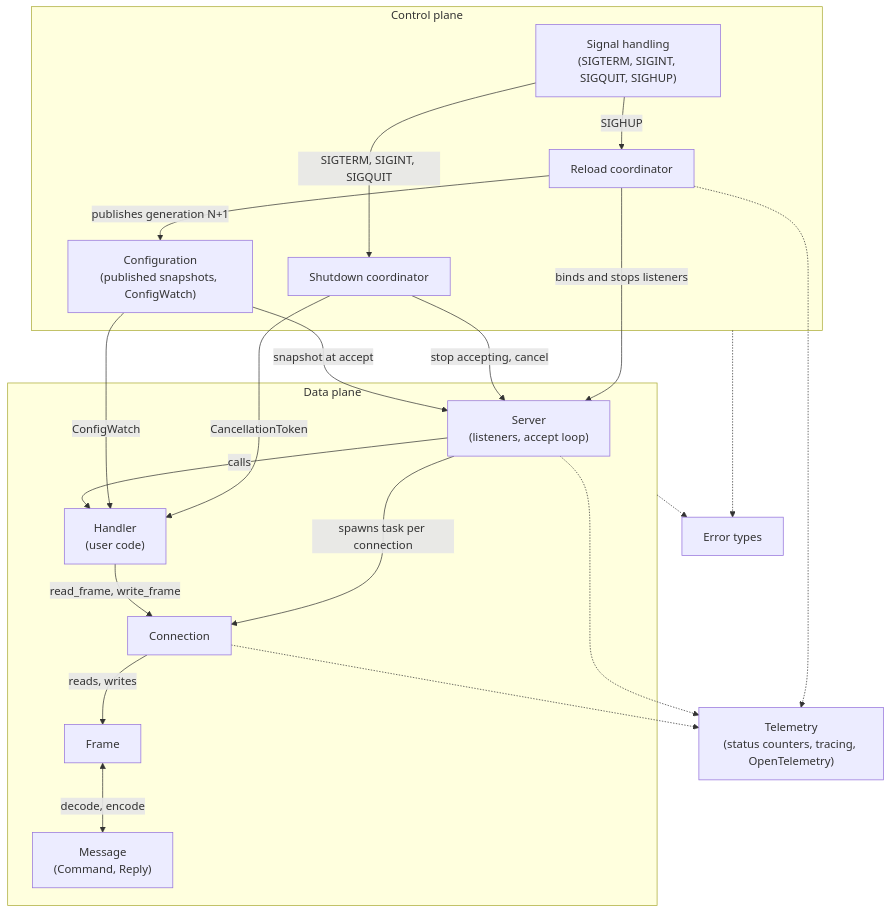
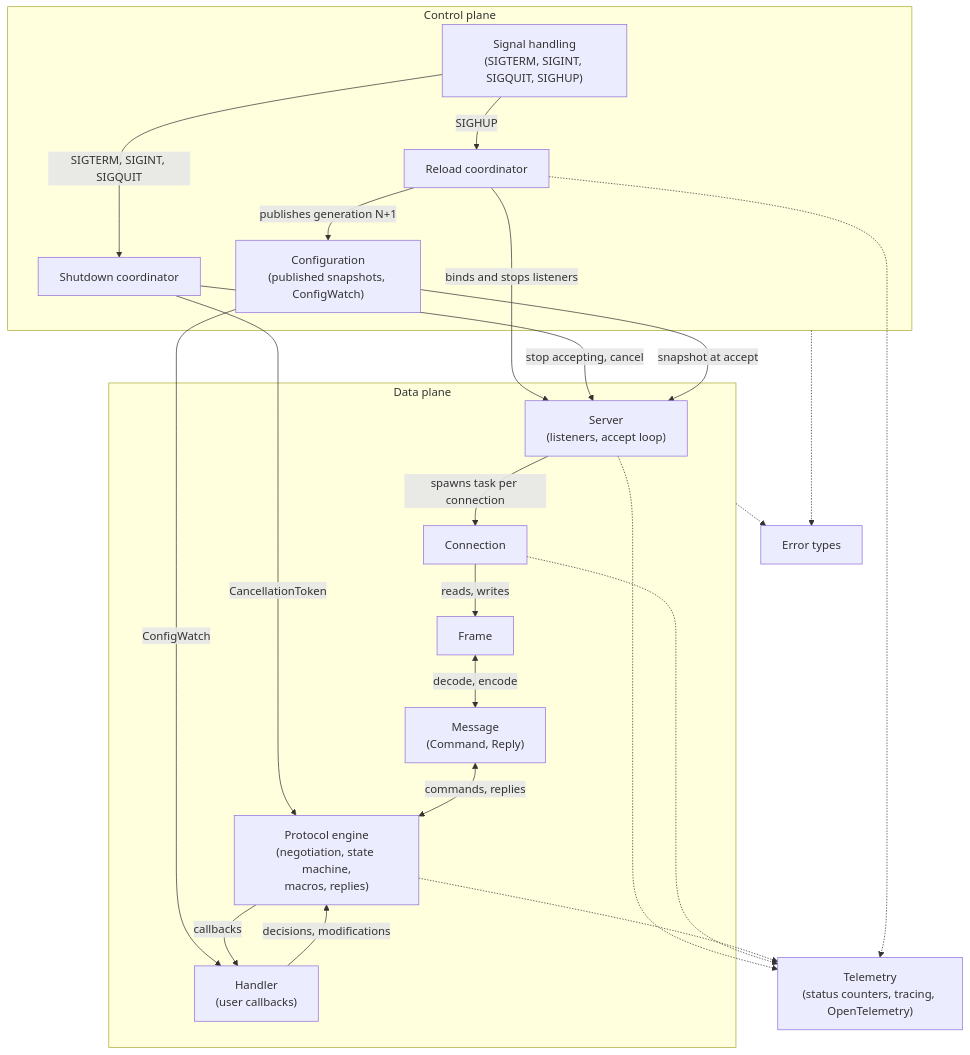
Before and after one commit to photom/rust-milter: the first of 7 diagrams in docs/explanation/architecture.md, drawn with Mermaid. The commit also changed other lines of this file and 14 other files, not shown here.

````diff
--- a/docs/explanation/architecture.md
+++ b/docs/explanation/architecture.md
@@ -20,37 +20,40 @@
 ```mermaid
 flowchart TB
     subgraph control["Control plane"]
         signals["Signal handling<br/>(SIGTERM, SIGINT, SIGQUIT, SIGHUP)"]
         reload["Reload coordinator"]
         shutdown["Shutdown coordinator"]
         config["Configuration<br/>(published snapshots, ConfigWatch)"]
     end
     subgraph data["Data plane"]
         server["Server<br/>(listeners, accept loop)"]
         connection["Connection"]
         frame["Frame"]
         message["Message<br/>(Command, Reply)"]
-        handler["Handler<br/>(user code)"]
+        engine["Protocol engine<br/>(negotiation, state machine,<br/>macros, replies)"]
+        handler["Handler<br/>(user callbacks)"]
     end
     telemetry["Telemetry<br/>(status counters, tracing, OpenTelemetry)"]
     error["Error types"]
 
     signals -->|"SIGHUP"| reload
     signals -->|"SIGTERM, SIGINT, SIGQUIT"| shutdown
     reload -->|"publishes generation N+1"| config
     reload -->|"binds and stops listeners"| server
     shutdown -->|"stop accepting, cancel"| server
-    shutdown -->|"CancellationToken"| handler
+    shutdown -->|"CancellationToken"| engine
     config -->|"snapshot at accept"| server
     config -->|"ConfigWatch"| handler
     server -->|"spawns task per connection"| connection
-    server -->|"calls"| handler
-    handler -->|"read_frame, write_frame"| connection
     connection -->|"reads, writes"| frame
     frame <-->|"decode, encode"| message
+    message <-->|"commands, replies"| engine
+    engine -->|"callbacks"| handler
+    handler -->|"decisions, modifications"| engine
     server -.-> telemetry
     connection -.-> telemetry
+    engine -.-> telemetry
     reload -.-> telemetry
     data -.-> error
     control -.-> error
 ```
````
